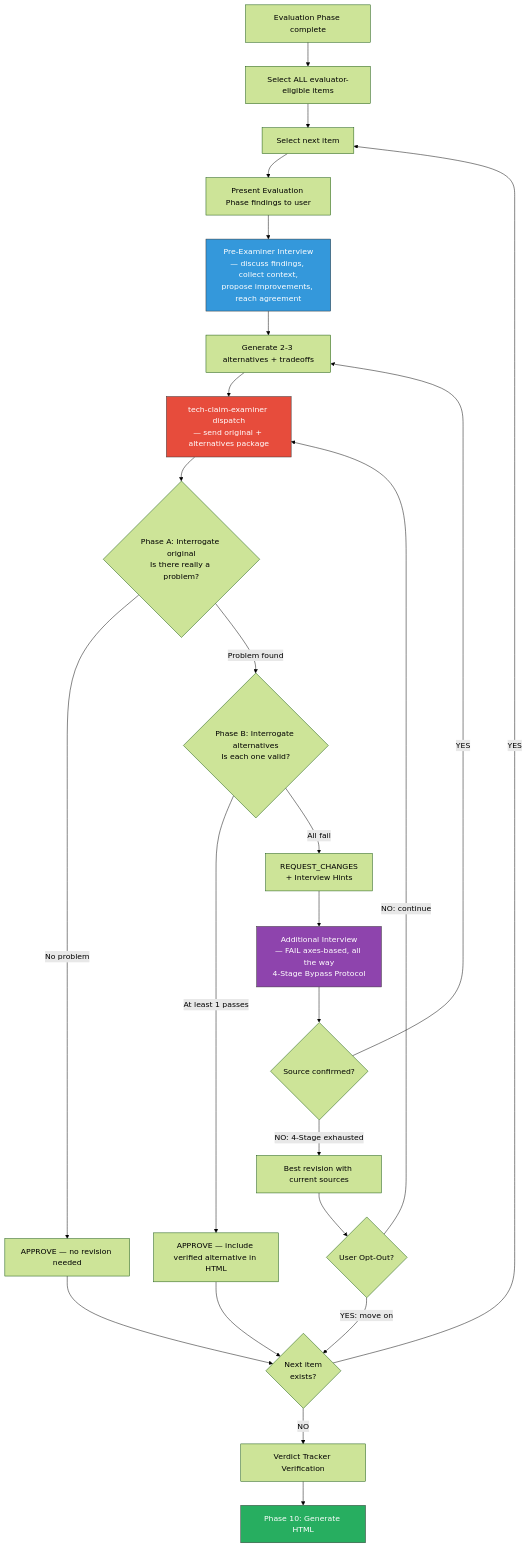
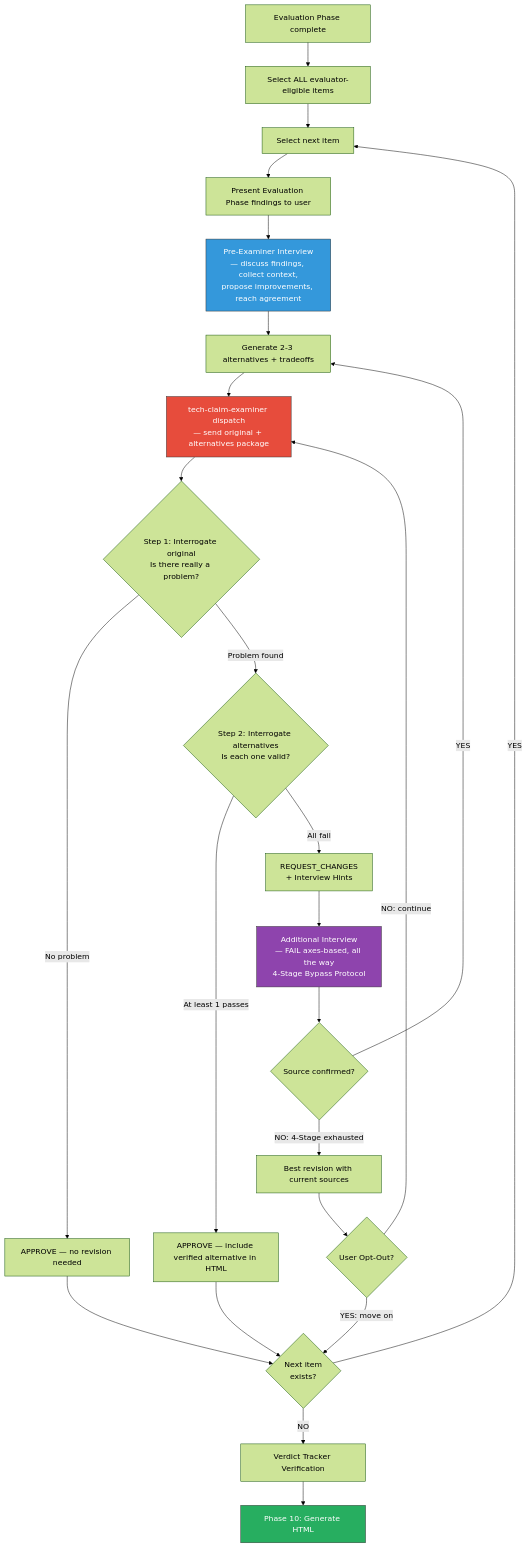
One commit to toongri/oh-my-toong-playground changed the diagram in skills/review-resume/references/content-quality-gate.md. Above: the diagram before and after it, drawn with Mermaid (forest theme). The commit also changed other lines of this file and 6 other files, not shown here.

````diff
--- a/skills/review-resume/references/content-quality-gate.md
+++ b/skills/review-resume/references/content-quality-gate.md
@@ -323,36 +323,36 @@
 ```mermaid
 flowchart TB
     A[Evaluation Phase complete] --> B[Select ALL evaluator-eligible items]
     B --> C[Select next item]
     C --> PRESENT[Present Evaluation Phase findings to user]
     PRESENT --> INTERVIEW_PRE[Pre-Examiner Interview\n— discuss findings, collect context,\npropose improvements, reach agreement]
     INTERVIEW_PRE --> D[Generate 2-3 alternatives + tradeoffs]
     D --> H[tech-claim-examiner dispatch\n— send original + alternatives package]
 
-    H --> DIAG{Phase A: Interrogate original\nIs there really a problem?}
+    H --> DIAG{Step 1: Interrogate original\nIs there really a problem?}
     DIAG -->|No problem| APPROVE_ORIG[APPROVE — no revision needed]
-    DIAG -->|Problem found| ALTEVAL{Phase B: Interrogate alternatives\nIs each one valid?}
+    DIAG -->|Problem found| ALTEVAL{Step 2: Interrogate alternatives\nIs each one valid?}
 
     ALTEVAL -->|At least 1 passes| APPROVE_ALT[APPROVE — include verified alternative in HTML]
     ALTEVAL -->|All fail| K[REQUEST_CHANGES\n+ Interview Hints]
 
     K --> L[Additional Interview\n— FAIL axes-based, all the way\n4-Stage Bypass Protocol]
     L --> M{Source confirmed?}
     M -->|YES| D
     M -->|NO: 4-Stage exhausted| N[Best revision with current sources]
     N --> O{User Opt-Out?}
     O -->|YES: move on| J
     O -->|NO: continue| H
 
     APPROVE_ORIG --> J{Next item\nexists?}
     APPROVE_ALT --> J
 
     J -->|YES| C
     J -->|NO| VERDICT[Verdict Tracker Verification]
     VERDICT --> P[Phase 10: Generate HTML]
 
     style H fill:#e74c3c,stroke:#333,color:#fff
     style INTERVIEW_PRE fill:#3498db,stroke:#333,color:#fff
     style L fill:#8e44ad,stroke:#333,color:#fff
     style P fill:#27ae60,stroke:#333,color:#fff
 ```
````
